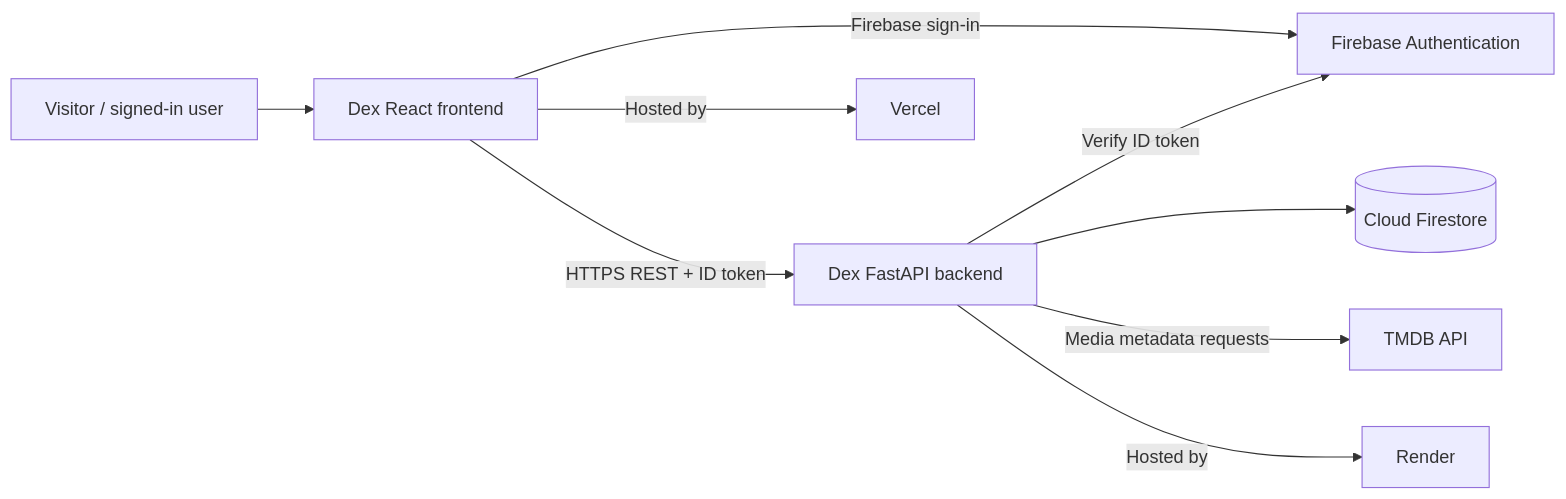
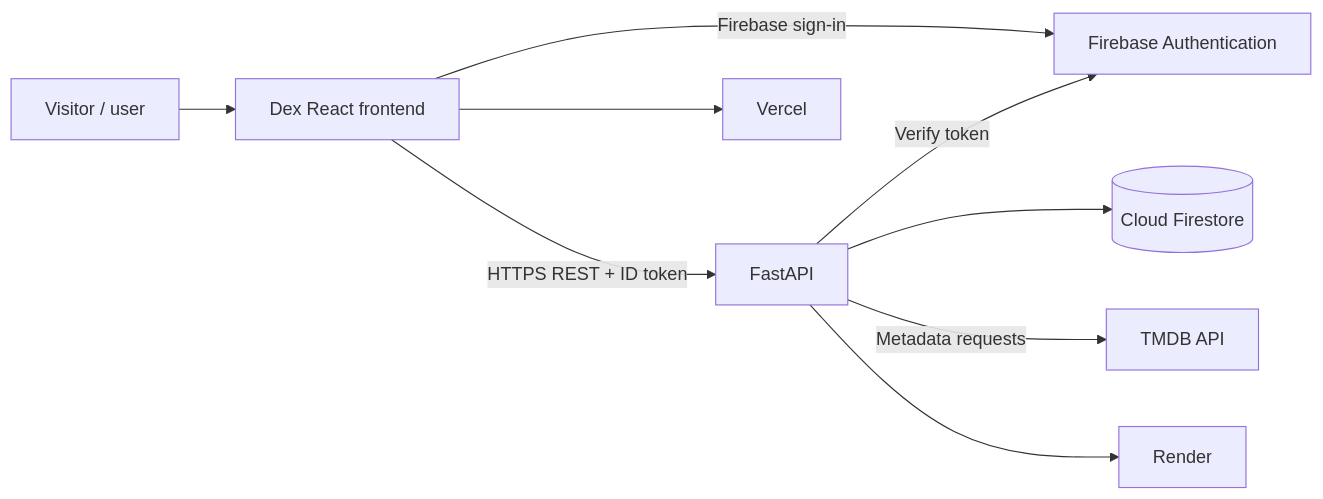
One commit to Shreyas-patil07/Dex changed the first of 3 diagrams in docs/03_Architecture.md. Above: the diagram before and after it, drawn with Mermaid. The commit also changed other lines of this file and 20 other files, not shown here.

````diff
--- a/docs/03_Architecture.md
+++ b/docs/03_Architecture.md
@@ -24,11 +21,11 @@
 ```mermaid
 flowchart LR
-    U[Visitor / signed-in user] --> FE[Dex React frontend]
+    U[Visitor / user] --> FE[Dex React frontend]
     FE -->|Firebase sign-in| FA[Firebase Authentication]
-    FE -->|HTTPS REST + ID token| API[Dex FastAPI backend]
-    API -->|Verify ID token| FA
+    FE -->|HTTPS REST + ID token| API[FastAPI]
+    API -->|Verify token| FA
     API --> FS[(Cloud Firestore)]
-    API -->|Media metadata requests| TMDB[TMDB API]
-    FE -->|Hosted by| V[Vercel]
-    API -->|Hosted by| R[Render]
+    API -->|Metadata requests| TMDB[TMDB API]
+    FE --> V[Vercel]
+    API --> R[Render]
 ```
````
